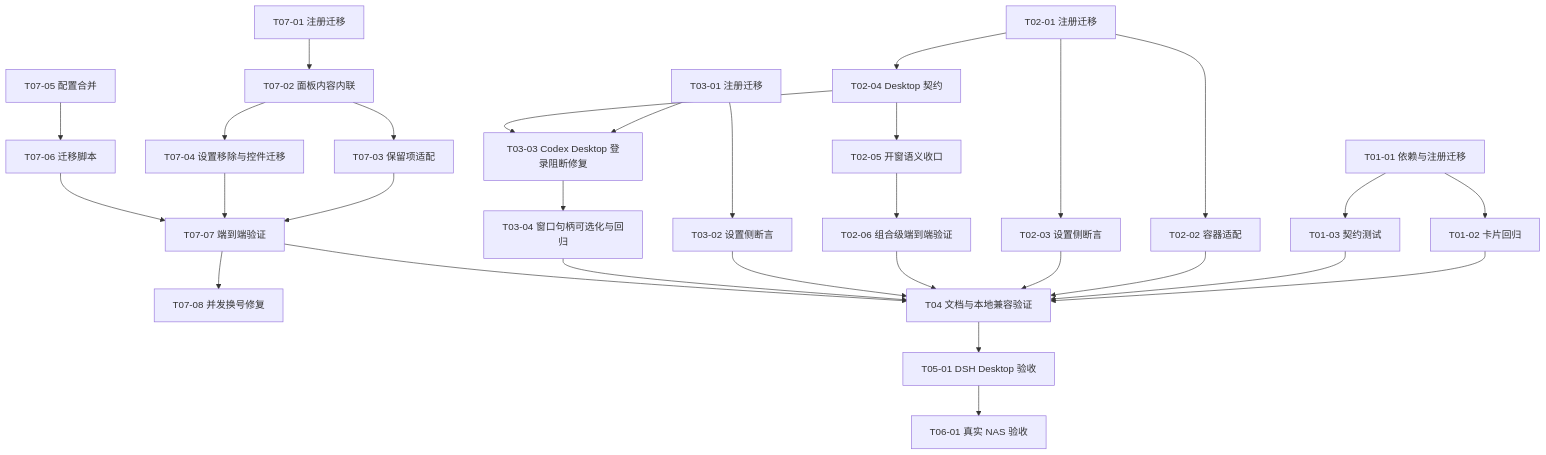
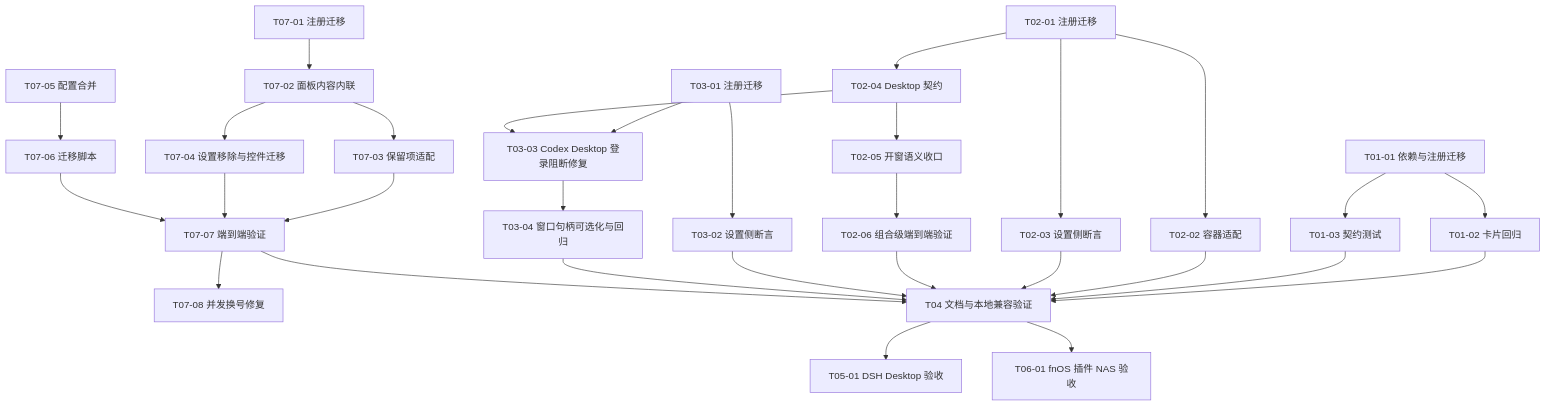
One commit to FNOSP/fnos-dsh changed the third of 3 diagrams in docs/plans/PLAN-FNOS-008-plugin-config-in-plugin-manager.md. Above: the diagram before and after it, drawn with Mermaid. The commit also changed other lines of this file and 5 other files, not shown here.

````diff
--- a/docs/plans/PLAN-FNOS-008-plugin-config-in-plugin-manager.md
+++ b/docs/plans/PLAN-FNOS-008-plugin-config-in-plugin-manager.md
@@ -241,32 +241,32 @@
 ```mermaid
 flowchart TD
     T01a[T01-01 依赖与注册迁移] --> T01b[T01-02 卡片回归]
     T01a --> T01c[T01-03 契约测试]
     T02a[T02-01 注册迁移] --> T02b[T02-02 容器适配]
     T02a --> T02c[T02-03 设置侧断言]
     T02a --> T02d[T02-04 Desktop 契约]
     T02d --> T02e[T02-05 开窗语义收口]
     T02e --> T02f[T02-06 组合级端到端验证]
     T03a[T03-01 注册迁移] --> T03b[T03-02 设置侧断言]
     T03a --> T03c[T03-03 Codex Desktop 登录阻断修复]
     T02d --> T03c
     T03c --> T03d[T03-04 窗口句柄可选化与回归]
     T07a[T07-01 注册迁移] --> T07b[T07-02 面板内容内联]
     T07b --> T07c[T07-03 保留项适配]
     T07b --> T07d[T07-04 设置移除与控件迁移]
     T07e[T07-05 配置合并] --> T07f[T07-06 迁移脚本]
     T07c --> T07g[T07-07 端到端验证]
     T07g --> T07h[T07-08 并发换号修复]
     T07d --> T07g
     T07f --> T07g
     T01b --> T04[T04 文档与本地兼容验证]
     T01c --> T04
     T02b --> T04
     T02c --> T04
     T02f --> T04
     T03b --> T04
     T03d --> T04
     T07g --> T04
     T04 --> T05[T05-01 DSH Desktop 验收]
-    T05 --> T06[T06-01 真实 NAS 验收]
+    T04 --> T06[T06-01 fnOS 插件 NAS 验收]
 ```
````
